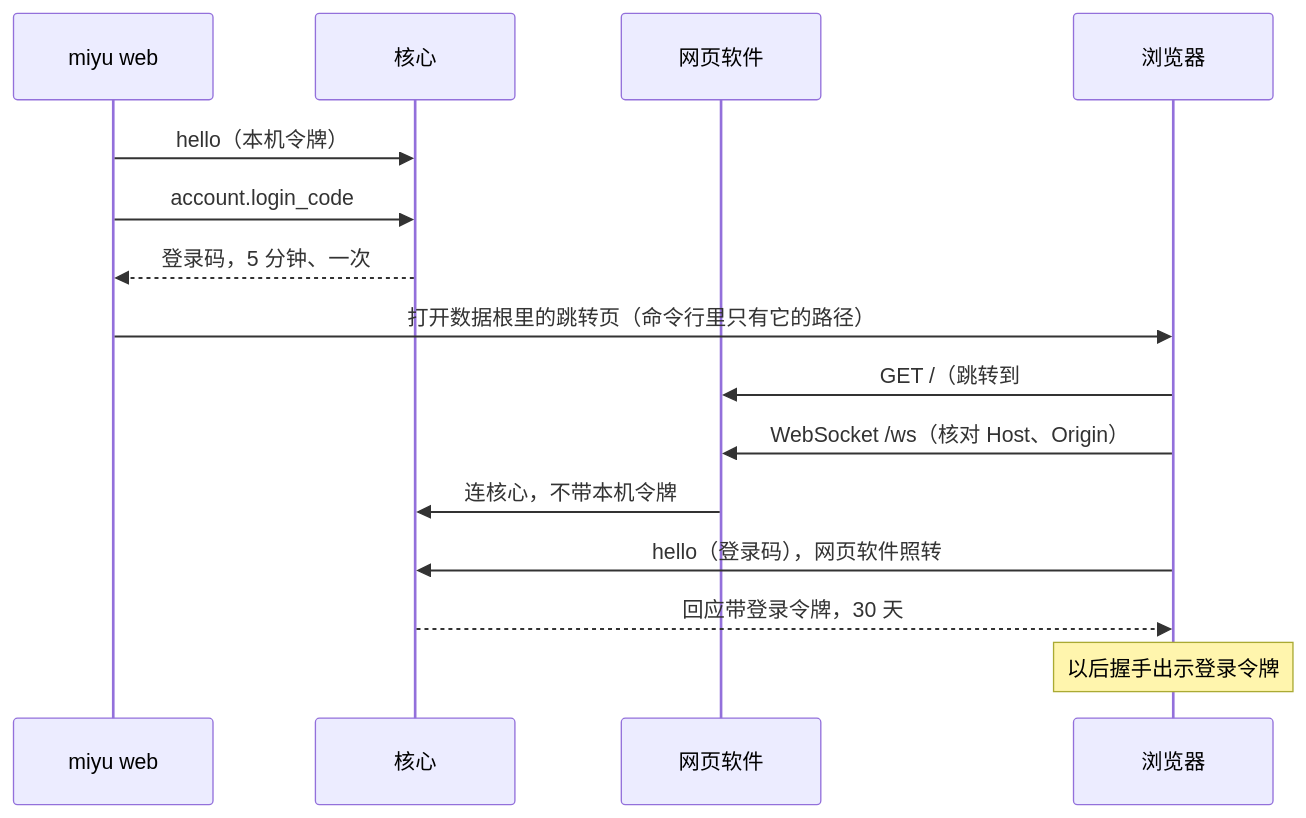
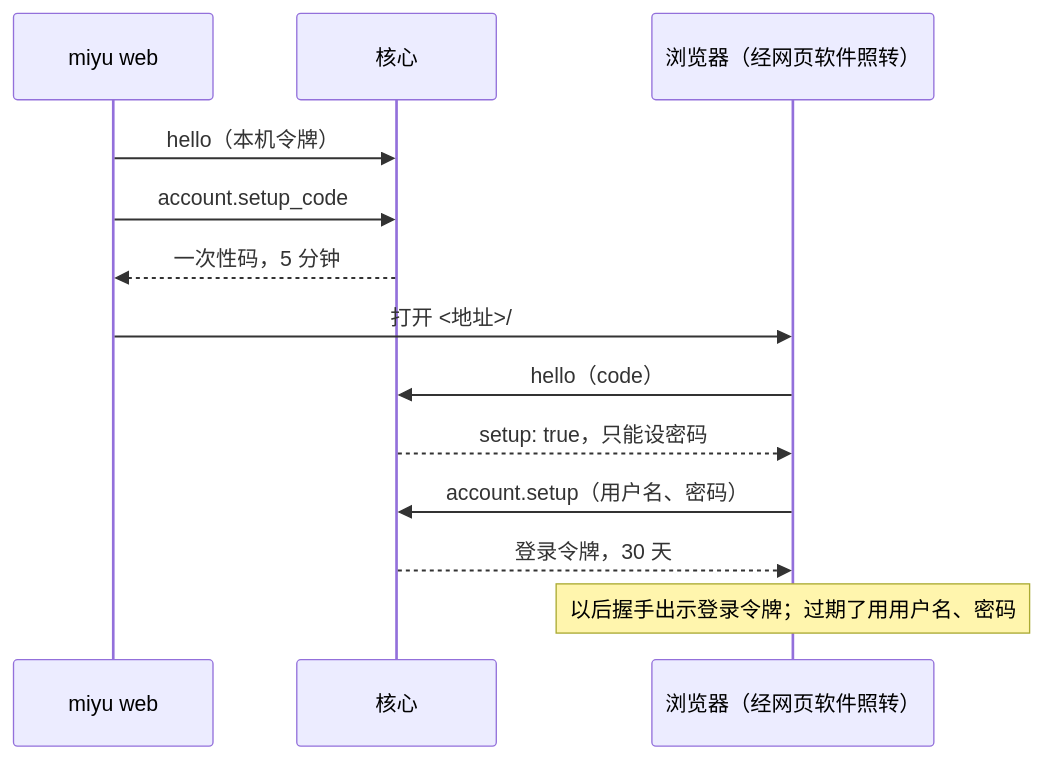
The diagram in docs/blueprint/web-module.md (SHORiN-KiWATA/miyu-agent-remake), drawn with Mermaid before and after one commit. The commit also changed other lines of this file and 32 other files, not shown here.

````diff
--- a/docs/blueprint/web-module.md
+++ b/docs/blueprint/web-module.md
@@ -227,17 +233,15 @@
 ```mermaid
 sequenceDiagram
     participant T as miyu web
     participant C as 核心
-    participant W as 网页软件
-    participant B as 浏览器
+    participant B as 浏览器（经网页软件照转）
     T->>C: hello（本机令牌）
-    T->>C: account.login_code
-    C-->>T: 登录码，5 分钟、一次
-    T->>B: 打开数据根里的跳转页（命令行里只有它的路径）
-    B->>W: GET /（跳转到 #code=登录码）
-    B->>W: WebSocket /ws（核对 Host、Origin）
-    W->>C: 连核心，不带本机令牌
-    B->>C: hello（登录码），网页软件照转
-    C-->>B: 回应带登录令牌，30 天
-    Note over B: 以后握手出示登录令牌
+    T->>C: account.setup_code
+    C-->>T: 一次性码，5 分钟
+    T->>B: 打开 <地址>/#setup=<码>
+    B->>C: hello（code）
+    C-->>B: setup: true，只能设密码
+    B->>C: account.setup（用户名、密码）
+    C-->>B: 登录令牌，30 天
+    Note over B: 以后握手出示登录令牌；过期了用用户名、密码
 ```
````
